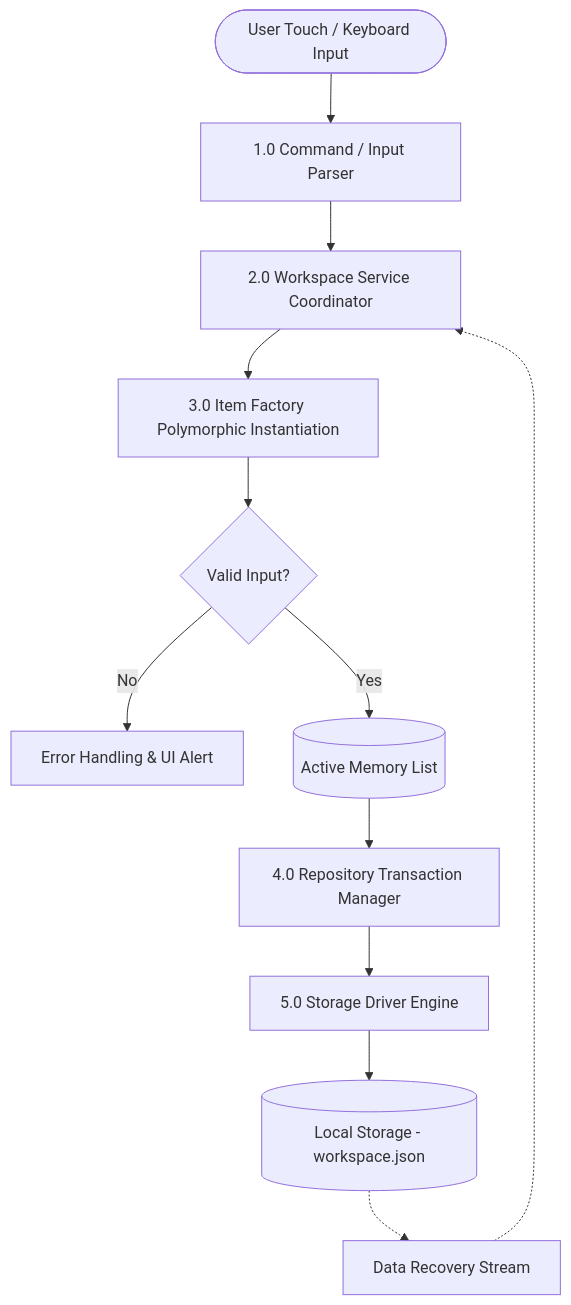
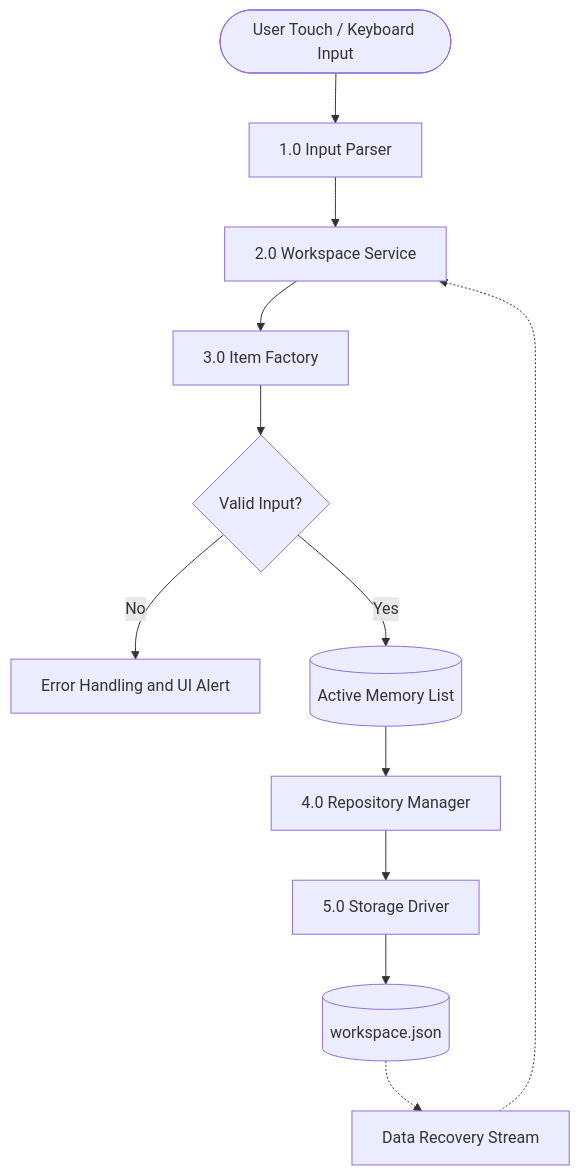
Before and after one commit to vishnuvmx/notes: the fourth of 4 diagrams in lib/ui/java_micro_project_presentation.md, drawn with Mermaid. The commit also changed other lines of this file and 6 other files, not shown here.

````diff
--- a/lib/ui/java_micro_project_presentation.md
+++ b/lib/ui/java_micro_project_presentation.md
@@ -261,18 +265,14 @@
 ```mermaid
 flowchart TD
-    User([User Touch / Keyboard Input]) --> InputParser[1.0 Command / Input Parser]
-    InputParser --> WorkspaceCoordinator[2.0 Workspace Service Coordinator]
-    
-    WorkspaceCoordinator --> ItemFactory[3.0 Item Factory Polymorphic Instantiation]
-    ItemFactory --> ItemValidation{Valid Input?}
-    
-    ItemValidation -- No --> ErrorHandler[Error Handling & UI Alert]
-    ItemValidation -- Yes --> MemoryCache[(Active Memory List)]
-    
-    MemoryCache --> RepoProcessor[4.0 Repository Transaction Manager]
-    RepoProcessor --> StorageDriver[5.0 Storage Driver Engine]
-    StorageDriver --> JSONFile[("Local Storage - workspace.json")]
-    
-    JSONFile -.-> ReadStream[Data Recovery Stream]
-    ReadStream -.-> WorkspaceCoordinator
+    User(["User Touch / Keyboard Input"]) --> InputParser["1.0 Input Parser"]
+    InputParser --> Coordinator["2.0 Workspace Service"]
+    Coordinator --> Factory["3.0 Item Factory"]
+    Factory --> Valid{"Valid Input?"}
+    Valid -->|No| ErrorHandler["Error Handling and UI Alert"]
+    Valid -->|Yes| Memory[("Active Memory List")]
+    Memory --> Repo["4.0 Repository Manager"]
+    Repo --> Driver["5.0 Storage Driver"]
+    Driver --> JSONFile[("workspace.json")]
+    JSONFile -.-> Recovery["Data Recovery Stream"]
+    Recovery -.-> Coordinator
 ```
````
